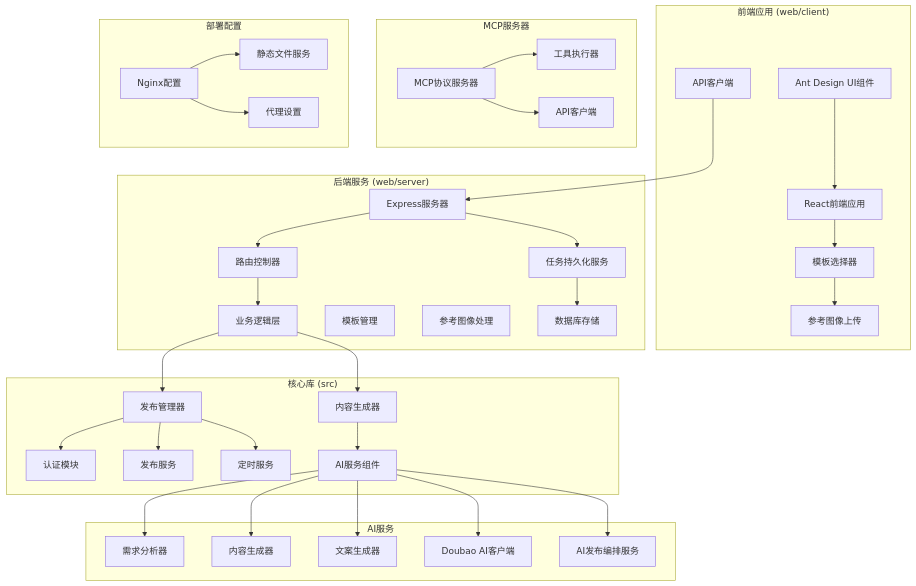
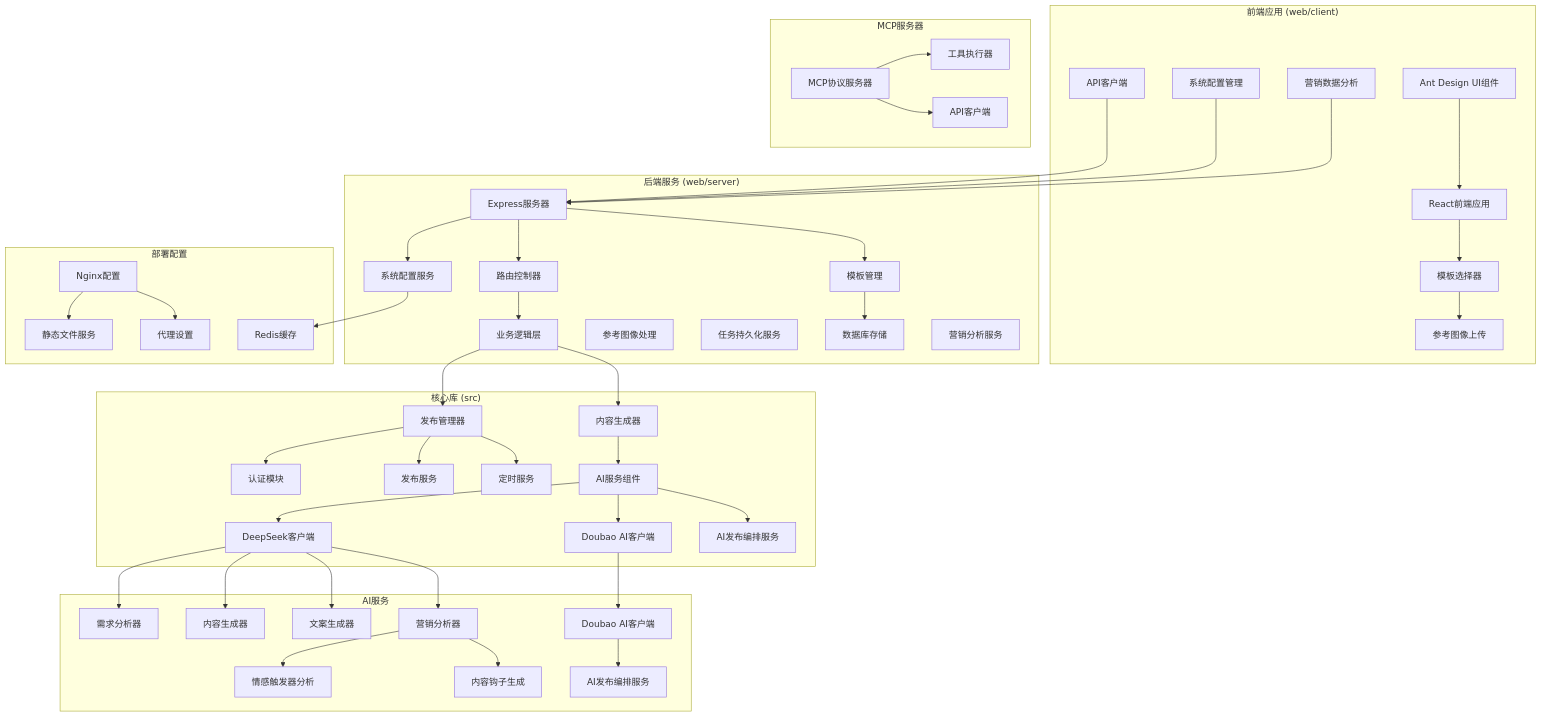
One commit to songdiyang/clawOperations changed the first of 16 diagrams in .qoder/repowiki/zh/content/核心模块详解/AI内容生成系统/AI内容生成系统.md. Above: the diagram before and after it, drawn with Mermaid. The commit also changed other lines of this file and 10 other files, not shown here.

````diff
--- a/.qoder/repowiki/zh/content/核心模块详解/AI内容生成系统/AI内容生成系统.md
+++ b/.qoder/repowiki/zh/content/核心模块详解/AI内容生成系统/AI内容生成系统.md
@@ -86,62 +93,83 @@
 C[API客户端]
 D[模板选择器]
 E[参考图像上传]
+F[系统配置管理]
+G[营销数据分析]
 end
 subgraph "后端服务 (web/server)"
-F[Express服务器]
-G[路由控制器]
-H[业务逻辑层]
-I[模板管理]
-J[参考图像处理]
-K[任务持久化服务]
-L[数据库存储]
+H[Express服务器]
+I[路由控制器]
+J[业务逻辑层]
+K[模板管理]
+L[参考图像处理]
+M[任务持久化服务]
+N[数据库存储]
+O[系统配置服务]
+P[营销分析服务]
 end
 subgraph "核心库 (src)"
-M[发布管理器]
-N[认证模块]
-O[发布服务]
-P[定时服务]
-Q[内容生成器]
-R[AI服务组件]
+Q[发布管理器]
+R[认证模块]
+S[发布服务]
+T[定时服务]
+U[内容生成器]
+V[AI服务组件]
+W[DeepSeek客户端]
+X[Doubao AI客户端]
+Y[AI发布编排服务]
 end
 subgraph "AI服务"
-S[需求分析器]
-T[内容生成器]
-U[文案生成器]
-V[Doubao AI客户端]
-W[AI发布编排服务]
+Z[需求分析器]
+AA[内容生成器]
+BB[文案生成器]
+CC[营销分析器]
+DD[情感触发器分析]
+EE[内容钩子生成]
+FF[Doubao AI客户端]
+GG[AI发布编排服务]
 end
 subgraph "MCP服务器"
-X[MCP协议服务器]
-Y[工具执行器]
-Z[API客户端]
+HH[MCP协议服务器]
+II[工具执行器]
+JJ[API客户端]
 end
 subgraph "部署配置"
-AA[Nginx配置]
-BB[静态文件服务]
-CC[代理设置]
+KK[Nginx配置]
+LL[静态文件服务]
+MM[代理设置]
+NN[Redis缓存]
 end
 A --> D
 B --> A
-C --> F
+C --> H
 D --> E
-F --> G
+F --> H
 G --> H
-H --> M
-M --> N
-M --> O
-M --> P
-H --> Q
+H --> I
+I --> J
+J --> Q
 Q --> R
-R --> S
-R --> T
-R --> U
-R --> V
-R --> W
-F --> K
-K --> L
-X --> Y
-X --> Z
-AA --> BB
-AA --> CC
+Q --> S
+Q --> T
+J --> U
+U --> V
+V --> W
+V --> X
+V --> Y
+W --> Z
+W --> AA
+W --> BB
+W --> CC
+CC --> DD
+CC --> EE
+H --> K
+K --> N
+H --> O
+O --> NN
+X --> FF
+FF --> GG
+HH --> II
+HH --> JJ
+KK --> LL
+KK --> MM
 ```
````
